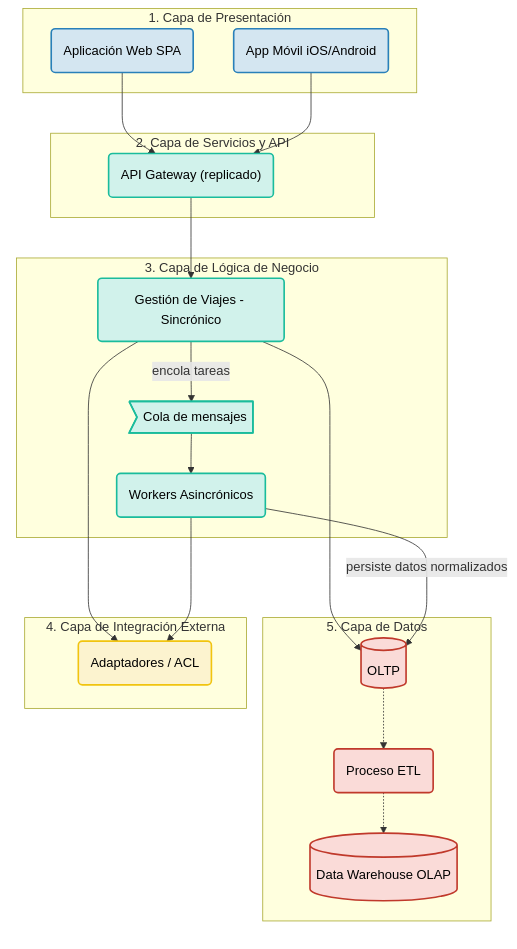
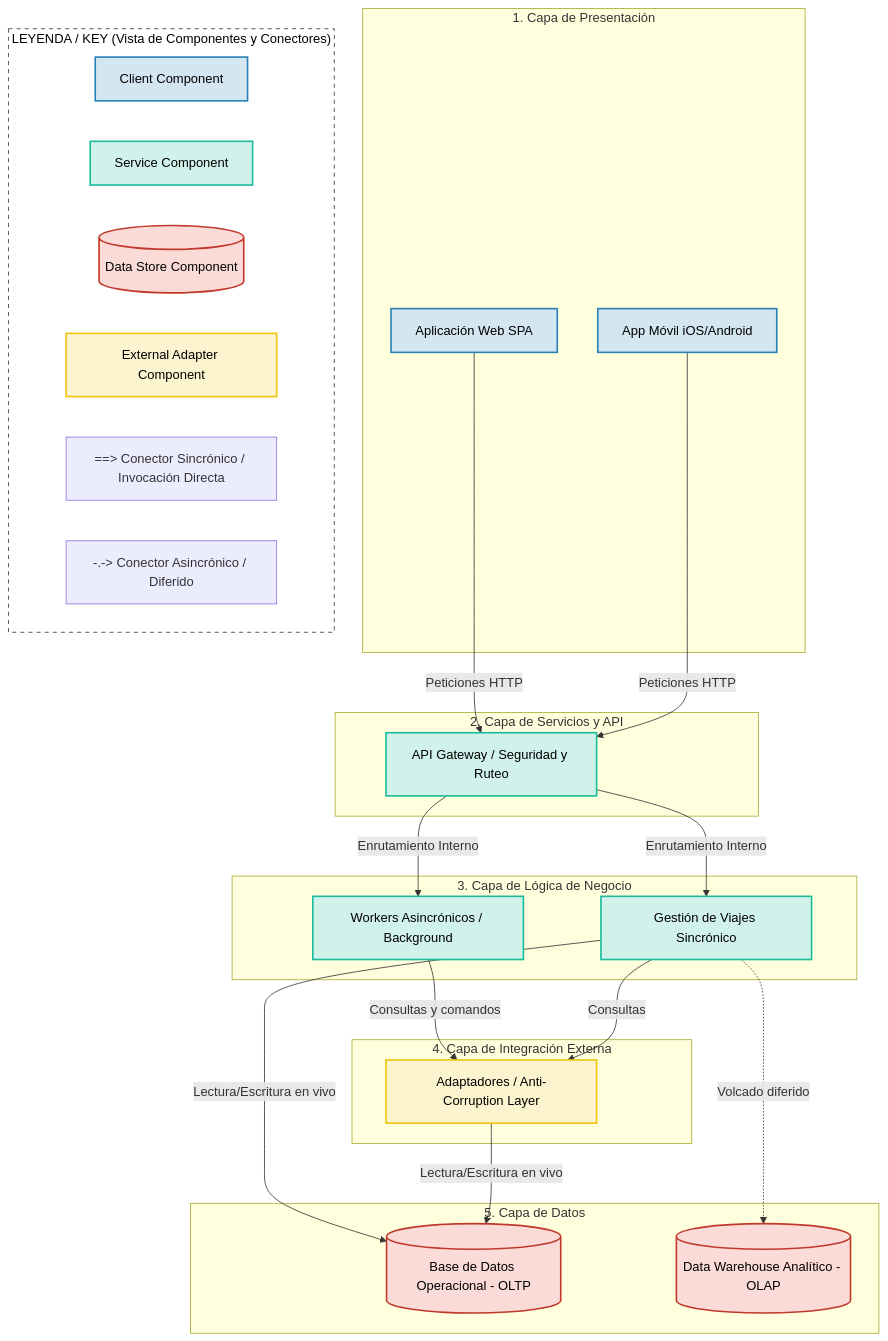
The second of 2 diagrams in Iteraciones/Iteracion-Prov.md (ulisesmatteoda/Trotamundos-Grupo23), drawn with Mermaid before and after one commit.

Commit message:
Update diagram styles and component names in documentation
Refactor diagram styles and update component names for clarity.

````diff
--- a/Iteraciones/Iteracion-Prov.md
+++ b/Iteraciones/Iteracion-Prov.md
@@ -143,53 +143,81 @@
 ```mermaid
 flowchart TD
-    classDef client fill:#d4e6f1,stroke:#2980b9,stroke-width:2px,color:#000;
-    classDef core fill:#d1f2eb,stroke:#1abc9c,stroke-width:2px,color:#000;
-    classDef data fill:#fadbd8,stroke:#c0392b,stroke-width:2px,color:#000;
-    classDef external fill:#fcf3cf,stroke:#f1c40f,stroke-width:2px,color:#000;
+    %% ==========================================
+    %% DEFINICIÓN DE ESTILOS DE COMPONENTES (C&C)
+    %% ==========================================
+    classDef clientComp fill:#d4e6f1,stroke:#2980b9,stroke-width:2px,color:#000;
+    classDef serviceComp fill:#d1f2eb,stroke:#1abc9c,stroke-width:2px,color:#000;
+    classDef dataComp fill:#fadbd8,stroke:#c0392b,stroke-width:2px,color:#000;
+    classDef externalComp fill:#fcf3cf,stroke:#f1c40f,stroke-width:2px,color:#000;
+    classDef keyBox fill:#ffffff,stroke:#333333,stroke-width:1px,stroke-dasharray: 5 5,color:#000;
 
-    subgraph CapaPresentacion ["1. Capa de Presentación"]
-        Web("Aplicación Web SPA"):::client
-        App("App Móvil iOS/Android"):::client
+    %% ==========================================
+    %% 1. CAPA DE PRESENTACIÓN
+    %% ==========================================
+    subgraph CapaPresentacion [1. Capa de Presentación]
+        Web[Aplicación Web SPA]:::clientComp
+        App[App Móvil iOS/Android]:::clientComp
     end
 
-    subgraph CapaAPI ["2. Capa de Servicios y API"]
-        Gateway("API Gateway (replicado)"):::core
+    %% ==========================================
+    %% 2. CAPA DE SERVICIOS Y API
+    %% ==========================================
+    subgraph CapaAPI [2. Capa de Servicios y API]
+        Gateway[API Gateway / Seguridad y Ruteo]:::serviceComp
     end
 
-    subgraph CapaNegocio ["3. Capa de Lógica de Negocio"]
-        Sync("Gestión de Viajes - Sincrónico"):::core
-        Queue>Cola de mensajes]:::core
-        Async("Workers Asincrónicos"):::core
-
-        Sync -- "encola tareas" --> Queue
-        Queue --> Async
+    %% ==========================================
+    %% 3. CAPA DE LÓGICA DE NEGOCIO
+    %% ==========================================
+    subgraph CapaNegocio [3. Capa de Lógica de Negocio]
+        Sync[Gestión de Viajes Sincrónico]:::serviceComp
+        Async[Workers Asincrónicos / Background]:::serviceComp
     end
 
-    subgraph BottomLayers [" "]
-        style BottomLayers fill:none,stroke:none
-
-        subgraph CapaDatos ["5. Capa de Datos"]
-            OLTP[("OLTP")]:::data
-            ETL("Proceso ETL"):::data
-            OLAP[("Data Warehouse OLAP")]:::data
-
-            OLTP -.-> ETL
-            ETL -.-> OLAP
-        end
-
-        subgraph CapaIntegracion ["4. Capa de Integración Externa"]
-            Adapters("Adaptadores / ACL"):::external
-        end
+    %% ==========================================
+    %% 4. CAPA DE INTEGRACIÓN EXTERNA
+    %% ==========================================
+    subgraph CapaIntegracion [4. Capa de Integración Externa]
+        Adapters[Adaptadores / Anti-Corruption Layer]:::externalComp
     end
 
-    Web --> Gateway
-    App --> Gateway
+    %% ==========================================
+    %% 5. CAPA DE DATOS
+    %% ==========================================
+    subgraph CapaDatos [5. Capa de Datos]
+        OLTP[(Base de Datos Operacional - OLTP)]:::dataComp
+        OLAP[(Data Warehouse Analítico - OLAP)]:::dataComp
+    end
 
-    Gateway --> Sync
+    %% ==========================================
+    %% RELACIONES Y FLUSO DE DATOS (CONECTORES)
+    %% ==========================================
+    Web -->|Peticiones HTTP| Gateway
+    App -->|Peticiones HTTP| Gateway
+    
+    Gateway -->|Enrutamiento Interno| Sync
+    Gateway -->|Enrutamiento Interno| Async
+    
+    Sync -->|Lectura/Escritura en vivo| OLTP
+    Sync -.->|Volcado diferido| OLAP
+    
+    Async -->|Consultas y comandos| Adapters
+    Sync -->|Consultas| Adapters
+    
+    Adapters -->|Lectura/Escritura en vivo| OLTP
 
-    Sync --> Adapters
-    Sync --> OLTP
-
-    Async --> Adapters
-    Async -- "persiste datos normalizados" --> OLTP
+    %% ==========================================
+    %% LEYENDA RIGUROSA C&C (SEGUN LIBRO BASS ET AL.)
+    %% ==========================================
+    subgraph Leyenda ["LEYENDA / KEY (Vista de Componentes y Conectores)"]
+        direction LR
+        K_Client[Client Component]:::clientComp
+        K_Service[Service Component]:::serviceComp
+        K_Data[(Data Store Component)]:::dataComp
+        K_Ext[External Adapter Component]:::externalComp
+        
+        K_Conn1[==> Conector Sincrónico / Invocación Directa]
+        K_Conn2[-.-> Conector Asincrónico / Diferido]
+    end
+    class Leyenda keyBox;
 ```
````
